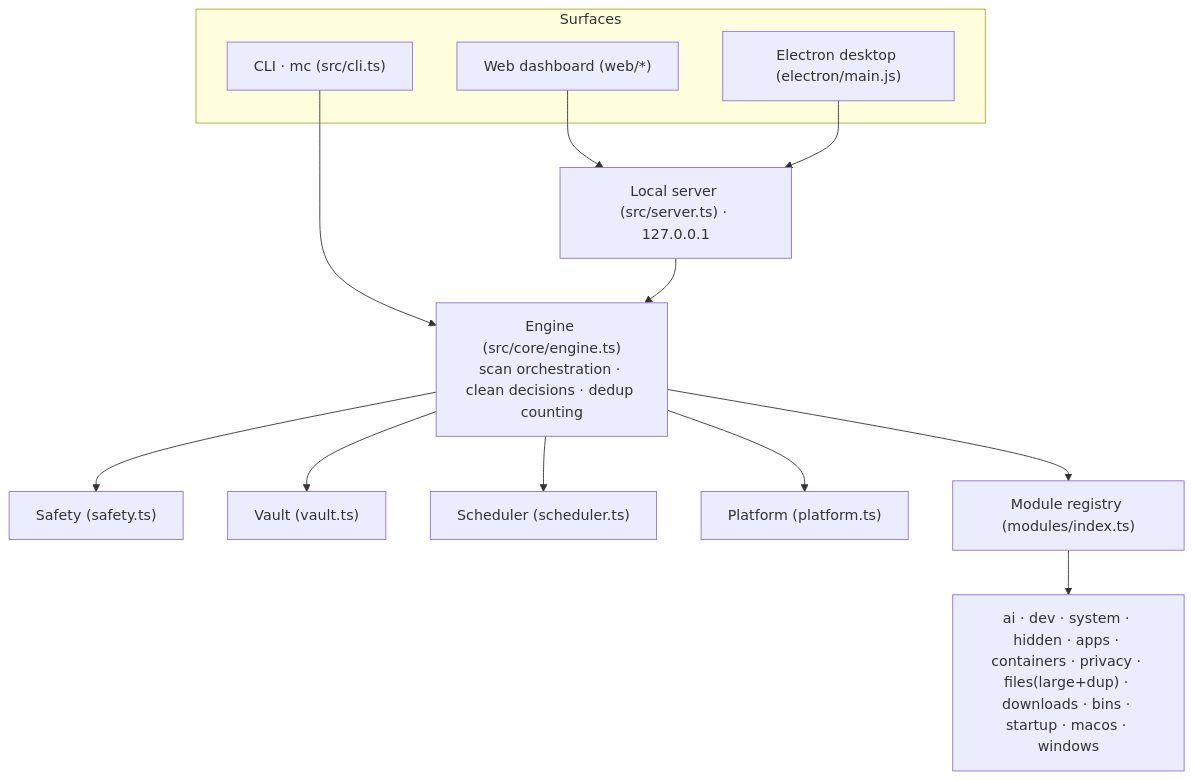
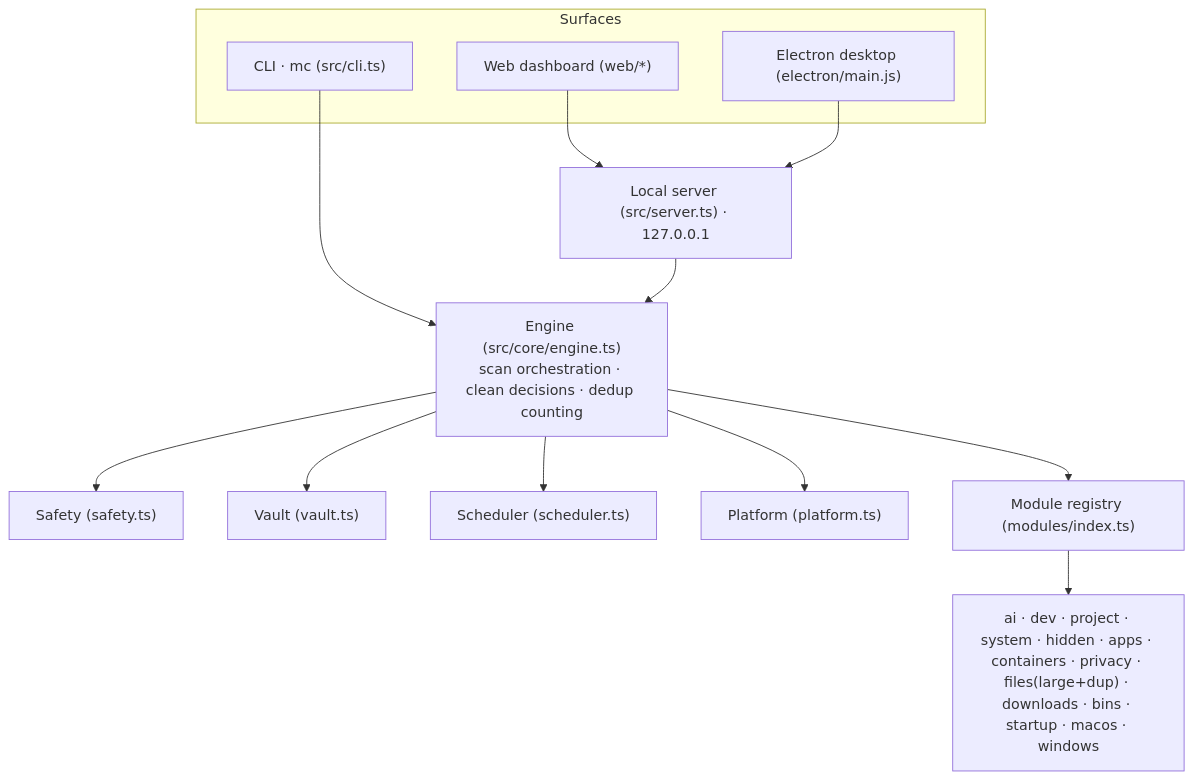
One commit to siliang42/master-cleaner changed the diagram in docs/architecture.md. Above: the diagram before and after it, drawn with Mermaid. The commit also changed other lines of this file and 7 other files, not shown here.

````diff
--- a/docs/architecture.md
+++ b/docs/architecture.md
@@ -7,18 +7,18 @@
 ```mermaid
 flowchart TB
   subgraph Surfaces
     CLI["CLI · mc (src/cli.ts)"]
     Web["Web dashboard (web/*)"]
     Desktop["Electron desktop (electron/main.js)"]
   end
   CLI --> Engine
   Web --> Server["Local server (src/server.ts) · 127.0.0.1"]
   Desktop --> Server
   Server --> Engine
   Engine["Engine (src/core/engine.ts)\nscan orchestration · clean decisions · dedup counting"] --> Safety["Safety (safety.ts)"]
   Engine --> Vault["Vault (vault.ts)"]
   Engine --> Sched["Scheduler (scheduler.ts)"]
   Engine --> Platform["Platform (platform.ts)"]
   Engine --> Registry["Module registry (modules/index.ts)"]
-  Registry --> Mods["ai · dev · system · hidden · apps · containers · privacy · files(large+dup) · downloads · bins · startup · macos · windows"]
+  Registry --> Mods["ai · dev · project · system · hidden · apps · containers · privacy · files(large+dup) · downloads · bins · startup · macos · windows"]
 ```
````
